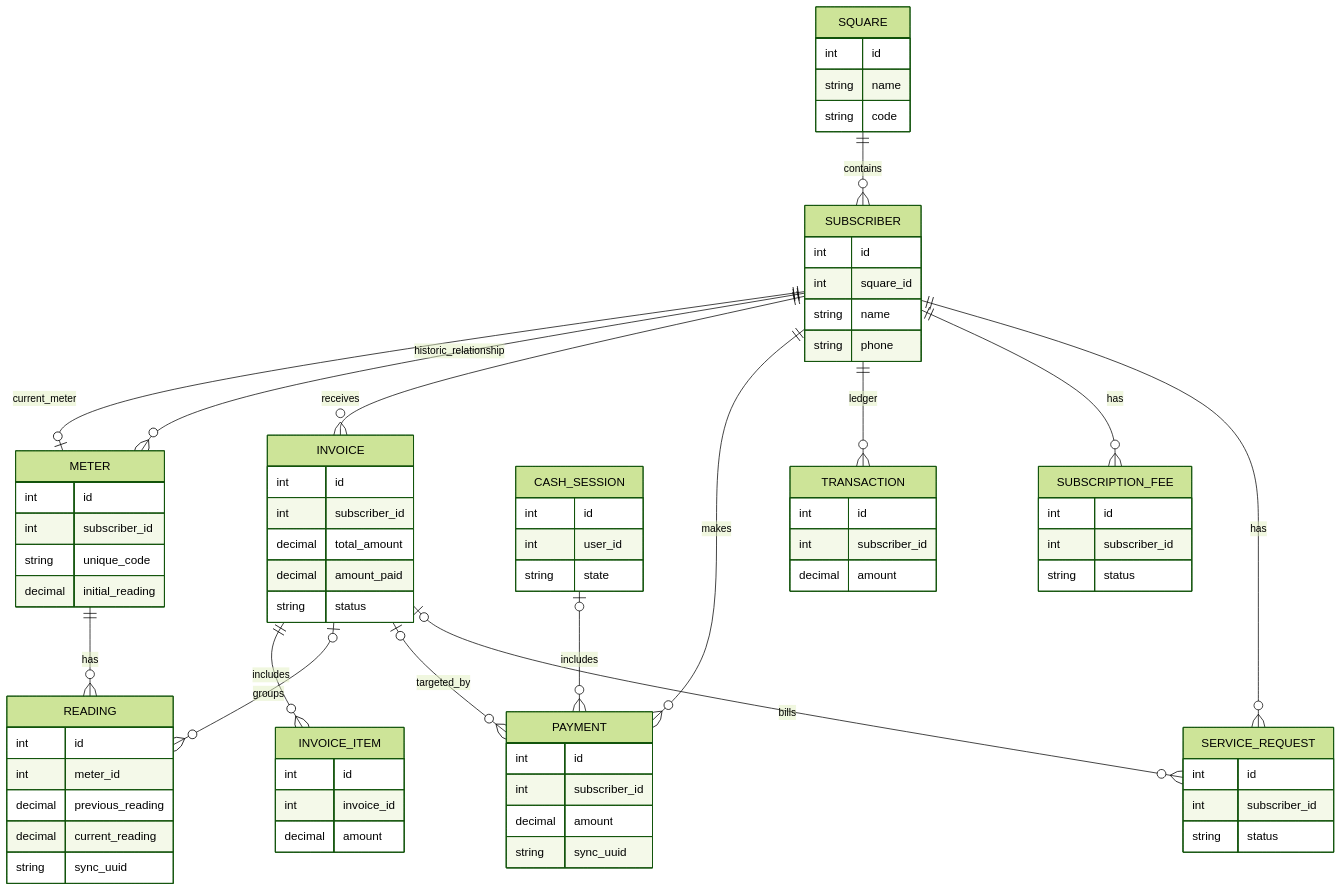
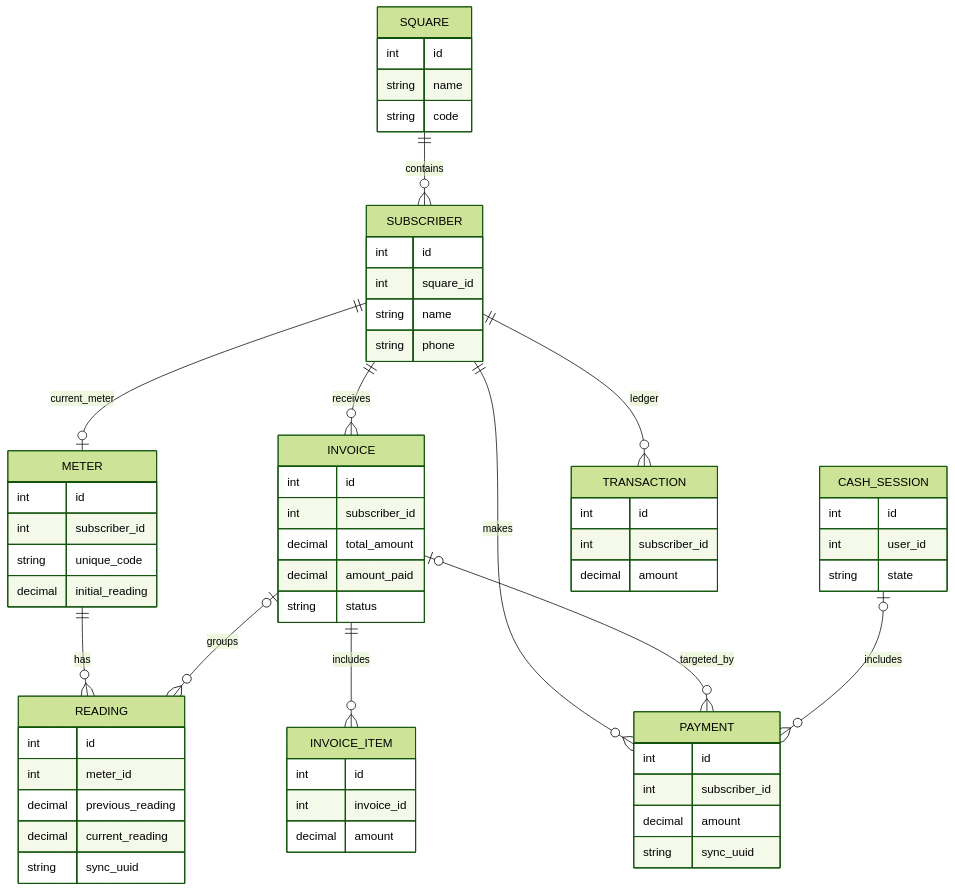
The fifth of 5 diagrams in docs/architecture/WATER_SYSTEM_ARCHITECTURE_AR.md (iitij/water), drawn with Mermaid (forest theme) before and after one commit. The commit also changed other lines of this file and 6 other files, not shown here.

````diff
--- a/docs/architecture/WATER_SYSTEM_ARCHITECTURE_AR.md
+++ b/docs/architecture/WATER_SYSTEM_ARCHITECTURE_AR.md
@@ -208,80 +206,66 @@
 ```mermaid
 erDiagram
     SQUARE ||--o{ SUBSCRIBER : contains
     SUBSCRIBER ||--o| METER : current_meter
-    SUBSCRIBER ||--o{ METER : historic_relationship
     METER ||--o{ READING : has
     SUBSCRIBER ||--o{ INVOICE : receives
     INVOICE ||--o{ INVOICE_ITEM : includes
     INVOICE o|--o{ READING : groups
     SUBSCRIBER ||--o{ PAYMENT : makes
     INVOICE o|--o{ PAYMENT : targeted_by
     CASH_SESSION o|--o{ PAYMENT : includes
     SUBSCRIBER ||--o{ TRANSACTION : ledger
-    SUBSCRIBER ||--o{ SUBSCRIPTION_FEE : has
-    SUBSCRIBER ||--o{ SERVICE_REQUEST : has
-    INVOICE o|--o{ SERVICE_REQUEST : bills
 
     SQUARE {
         int id
         string name
         string code
     }
     SUBSCRIBER {
         int id
         int square_id
         string name
         string phone
     }
     METER {
         int id
         int subscriber_id
         string unique_code
         decimal initial_reading
     }
     READING {
         int id
         int meter_id
         decimal previous_reading
         decimal current_reading
         string sync_uuid
     }
     INVOICE {
         int id
         int subscriber_id
         decimal total_amount
         decimal amount_paid
         string status
     }
     INVOICE_ITEM {
         int id
         int invoice_id
         decimal amount
     }
     PAYMENT {
         int id
         int subscriber_id
         decimal amount
         string sync_uuid
     }
     CASH_SESSION {
         int id
         int user_id
         string state
     }
     TRANSACTION {
         int id
         int subscriber_id
         decimal amount
     }
-    SUBSCRIPTION_FEE {
-        int id
-        int subscriber_id
-        string status
-    }
-    SERVICE_REQUEST {
-        int id
-        int subscriber_id
-        string status
-    }
 ```
````
